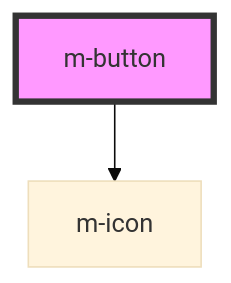
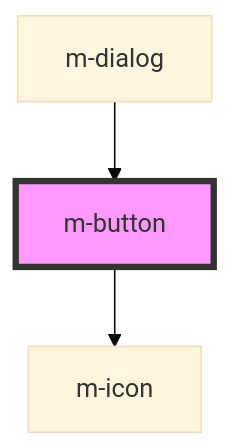
The diagram in src/components/m-button/readme.md (const-love-365-10000/mark-ui), drawn with Mermaid (base theme) before and after one commit. The commit also changed other lines of this file and 10 other files, not shown here.

````diff
--- a/src/components/m-button/readme.md
+++ b/src/components/m-button/readme.md
@@ -26,5 +30,6 @@
 ```mermaid
 graph TD;
   m-button --> m-icon
+  m-dialog --> m-button
   style m-button fill:#f9f,stroke:#333,stroke-width:4px
 ```
````
